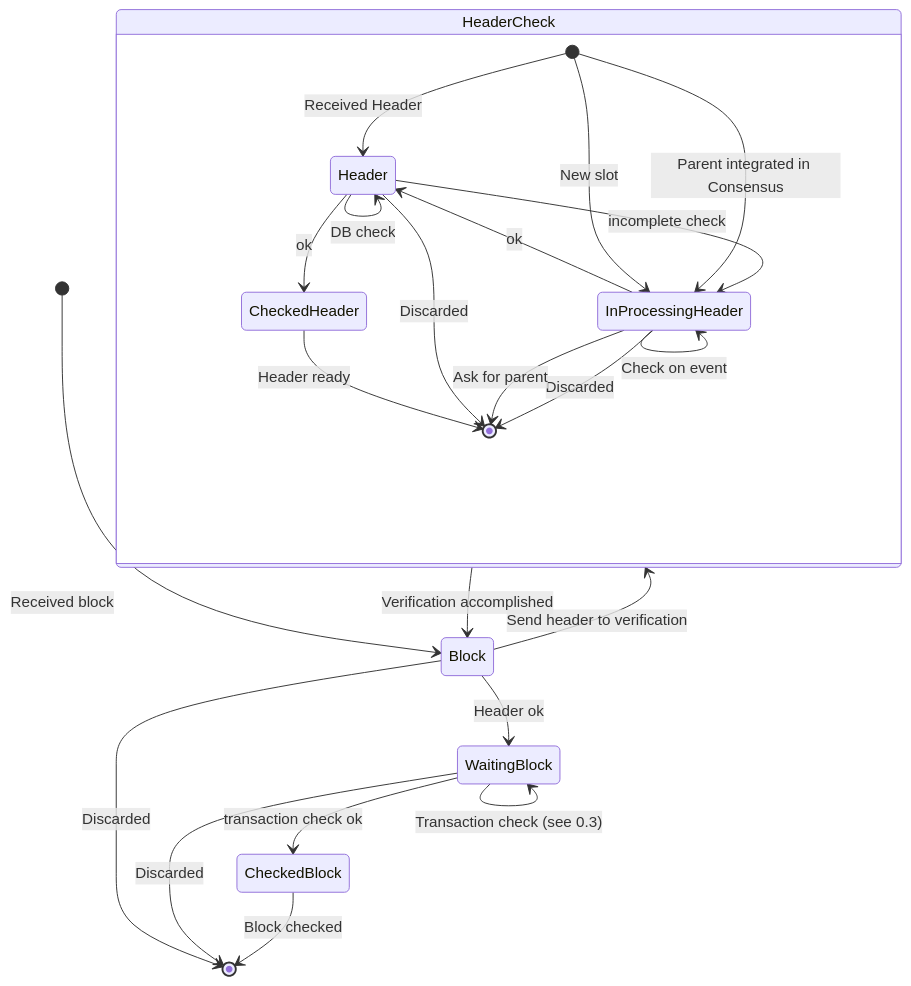
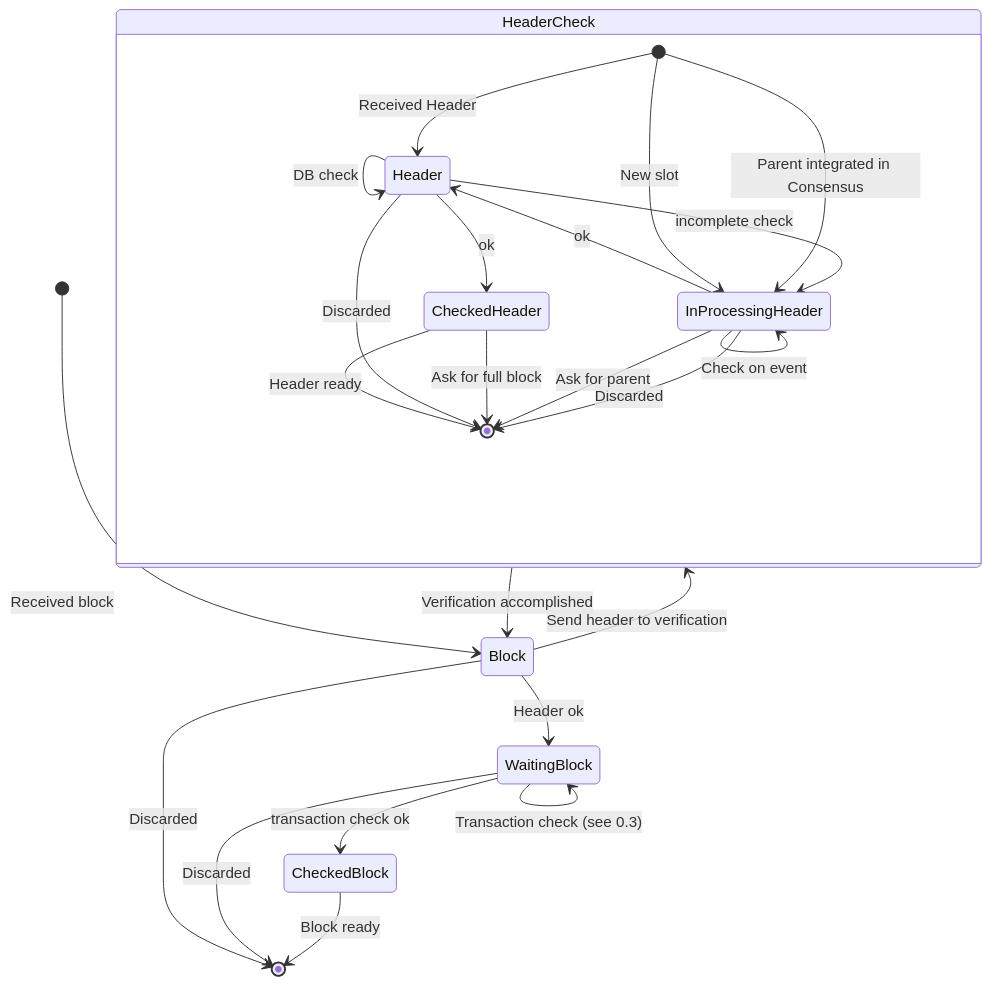
Before and after one commit to massalabs/massa: the diagram in consensus/src/architecture/check.md, drawn with Mermaid.

Commit message:
Updated check diagram.

````diff
--- a/consensus/src/architecture/check.md
+++ b/consensus/src/architecture/check.md
@@ -1,28 +1,29 @@
 ```mermaid
 stateDiagram-v2
 
     state HeaderCheck{
         [*] --> Header: Received Header
         Header --> Header: DB check
         Header --> InProcessingHeader: incomplete check
         InProcessingHeader --> [*]: Discarded
         InProcessingHeader --> [*]: Ask for parent
         [*] --> InProcessingHeader: Parent integrated in Consensus
         [*] --> InProcessingHeader: New slot
         InProcessingHeader --> InProcessingHeader: Check on event
         InProcessingHeader --> Header: ok
         Header --> CheckedHeader: ok
+        CheckedHeader --> [*]: Ask for full block
         Header --> [*]: Discarded
         CheckedHeader --> [*]: Header ready
     }
 
     [*] --> Block: Received block
     Block --> HeaderCheck: Send header to verification
     HeaderCheck --> Block: Verification accomplished
     Block --> [*]: Discarded
     Block --> WaitingBlock: Header ok
     WaitingBlock --> WaitingBlock: Transaction check (see 0.3)
     WaitingBlock --> [*]: Discarded
     WaitingBlock --> CheckedBlock: transaction check ok
-    CheckedBlock --> [*]: Block checked
+    CheckedBlock --> [*]: Block ready
 ```
````
